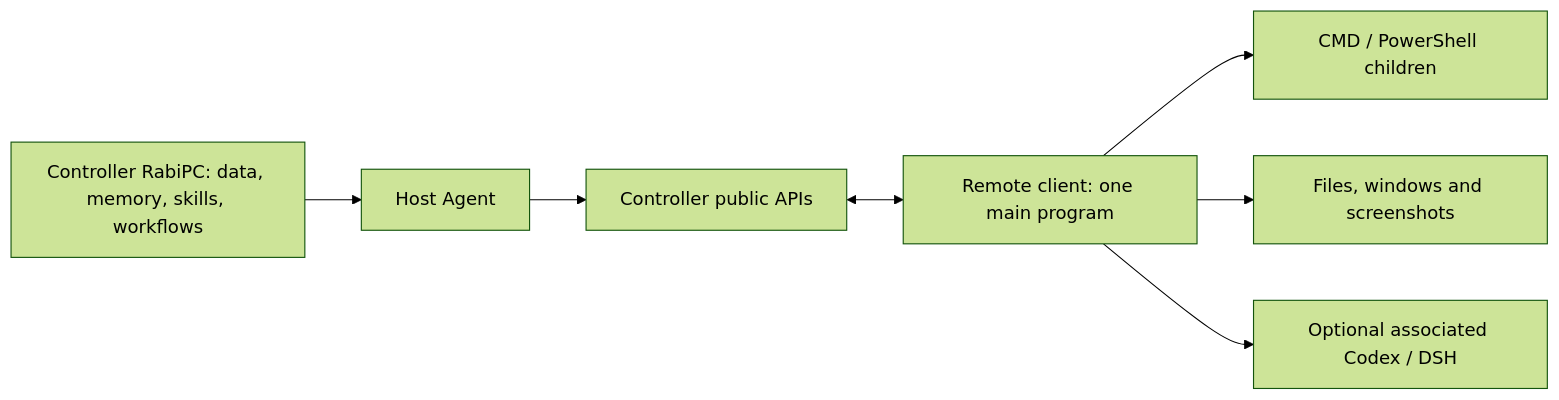
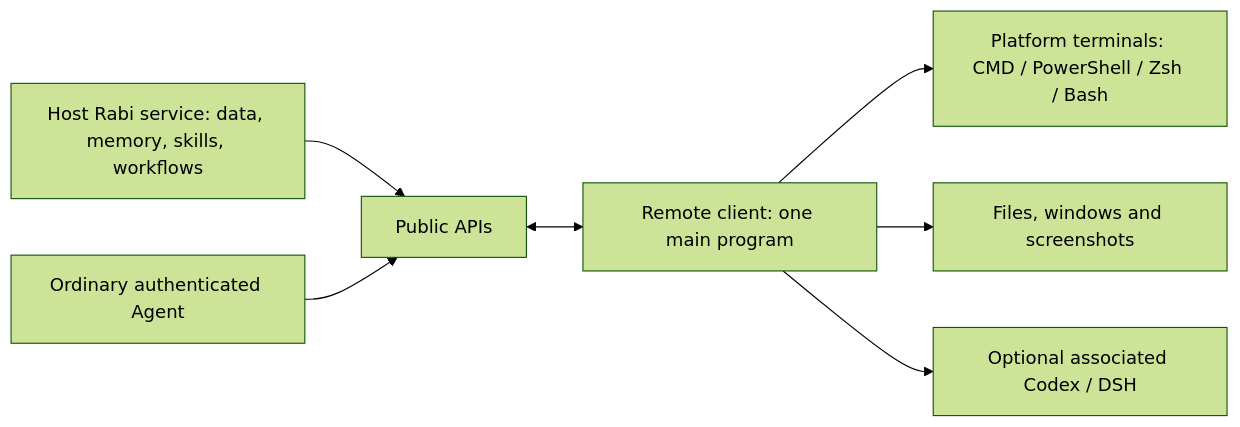
One commit to vb2250158/RabiRoute changed the diagram in docs/remote-computer-client_en.md. Above: the diagram before and after it, drawn with Mermaid (forest theme). The commit also changed other lines of this file and 36 other files, not shown here.

First line of the commit message:
fix: recover remote enrollment and add platform terminals

````diff
--- a/docs/remote-computer-client_en.md
+++ b/docs/remote-computer-client_en.md
@@ -9,9 +9,9 @@
 ```mermaid
 flowchart LR
-  A[Controller RabiPC: data, memory, skills, workflows] --> B[Host Agent]
-  B --> C[Controller public APIs]
+  A[Host Rabi service: data, memory, skills, workflows] --> C[Public APIs]
+  B[Ordinary authenticated Agent] --> C
   C <--> D[Remote client: one main program]
-  D --> E[CMD / PowerShell children]
+  D --> E[Platform terminals: CMD / PowerShell / Zsh / Bash]
   D --> F[Files, windows and screenshots]
   D --> G[Optional associated Codex / DSH]
 ```
````
